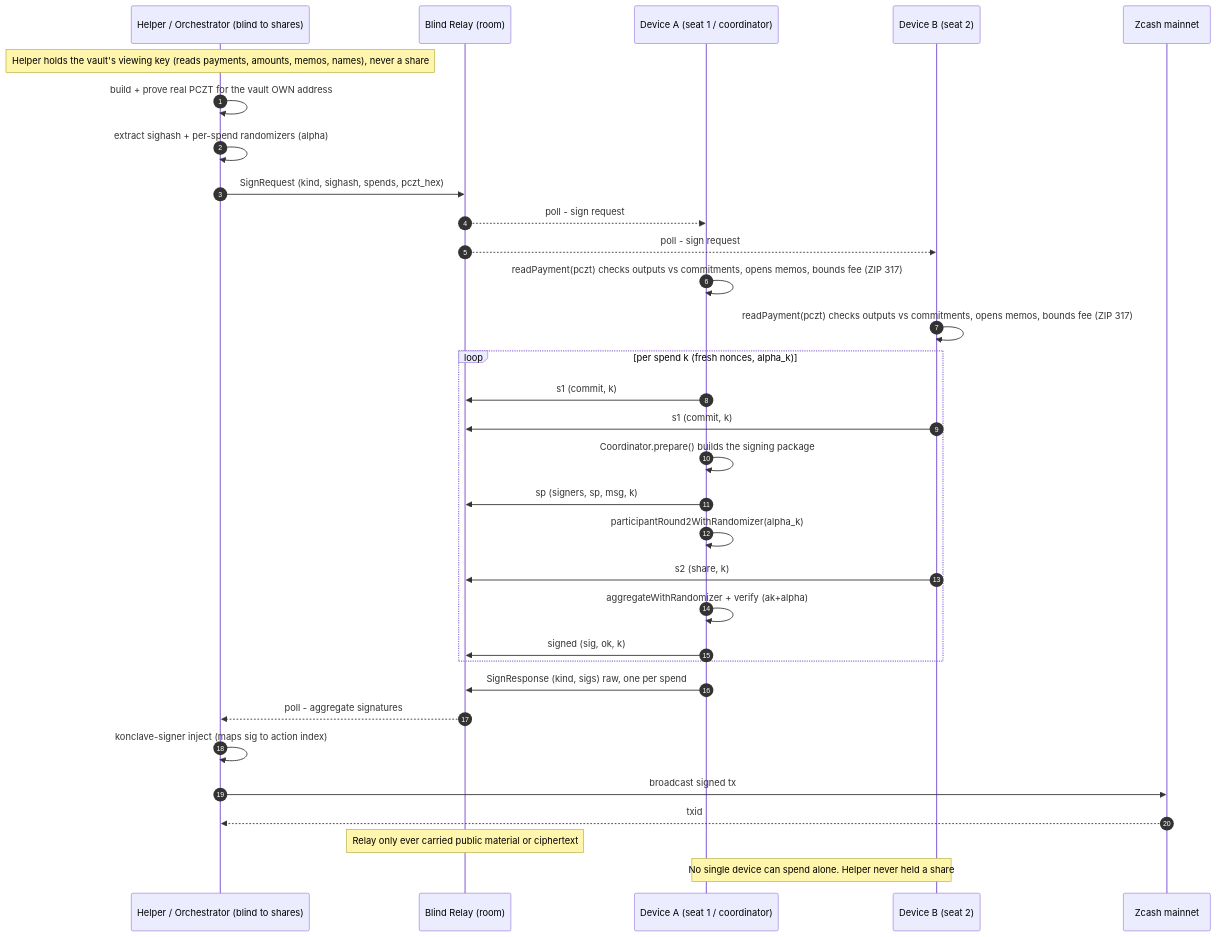
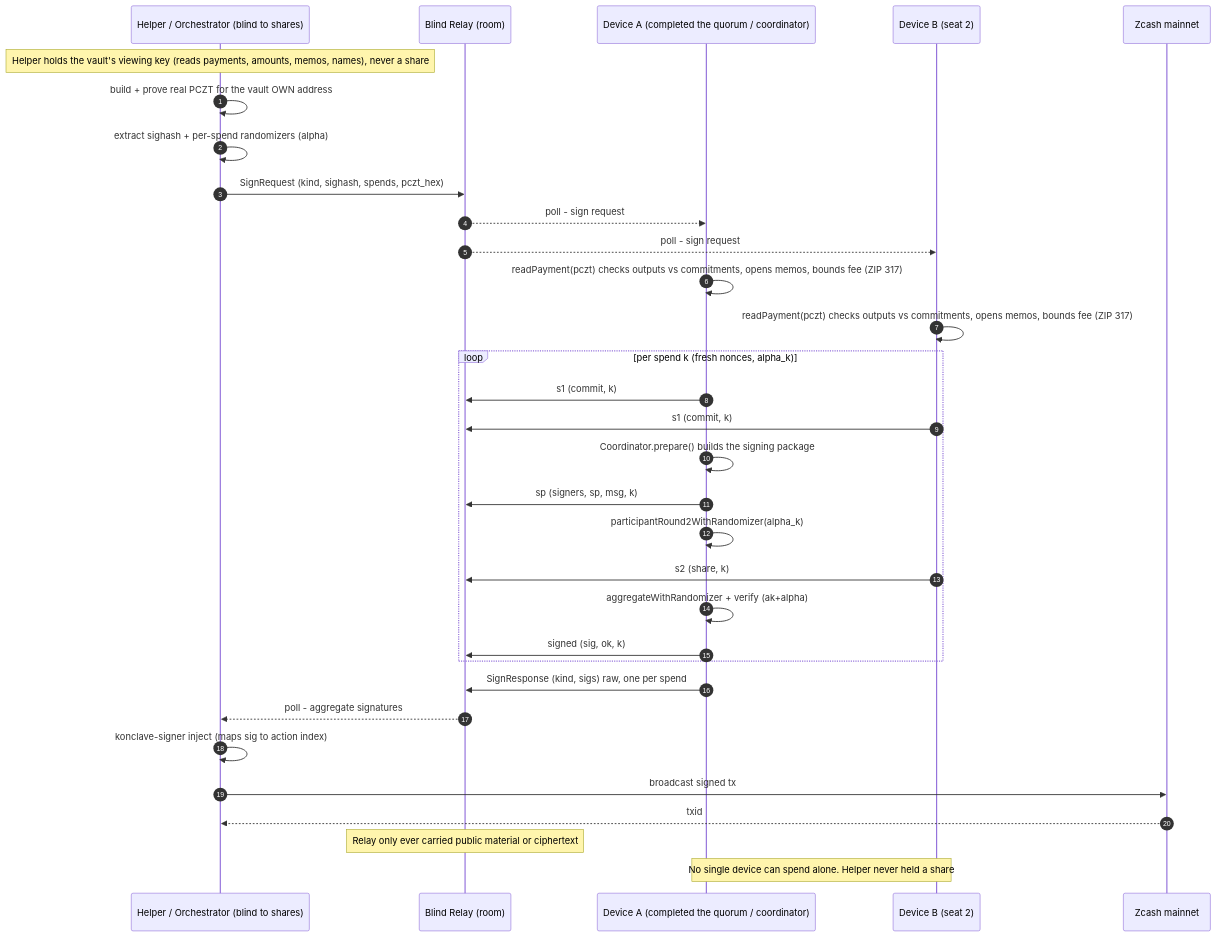
Before and after one commit to deegalabs/konclave: the seventh of 7 diagrams in docs/GUIDE.md, drawn with Mermaid. The commit also changed 11 other files, not shown here.

````diff
--- a/docs/GUIDE.md
+++ b/docs/GUIDE.md
@@ -582,37 +582,37 @@
 ```mermaid
 sequenceDiagram
     autonumber
     participant H as Helper / Orchestrator (blind to shares)
     participant BR as Blind Relay (room)
-    participant DA as Device A (seat 1 / coordinator)
+    participant DA as Device A (completed the quorum / coordinator)
     participant DB as Device B (seat 2)
     participant Z as Zcash mainnet
 
     Note over H: Helper holds the vault's viewing key (reads payments, amounts, memos, names), never a share
     H->>H: build + prove real PCZT for the vault OWN address
     H->>H: extract sighash + per-spend randomizers (alpha)
     H->>BR: SignRequest (kind, sighash, spends, pczt_hex)
     BR-->>DA: poll - sign request
     BR-->>DB: poll - sign request
 
     DA->>DA: readPayment(pczt) checks outputs vs commitments, opens memos, bounds fee (ZIP 317)
     DB->>DB: readPayment(pczt) checks outputs vs commitments, opens memos, bounds fee (ZIP 317)
     loop per spend k (fresh nonces, alpha_k)
         DA->>BR: s1 (commit, k)
         DB->>BR: s1 (commit, k)
         DA->>DA: Coordinator.prepare() builds the signing package
         DA->>BR: sp (signers, sp, msg, k)
         DA->>DA: participantRound2WithRandomizer(alpha_k)
         DB->>BR: s2 (share, k)
         DA->>DA: aggregateWithRandomizer + verify (ak+alpha)
         DA->>BR: signed (sig, ok, k)
     end
 
     DA->>BR: SignResponse (kind, sigs) raw, one per spend
     BR-->>H: poll - aggregate signatures
     H->>H: konclave-signer inject (maps sig to action index)
     H->>Z: broadcast signed tx
     Z-->>H: txid
     Note over BR: Relay only ever carried public material or ciphertext
     Note over DA,DB: No single device can spend alone. Helper never held a share
 ```
````
